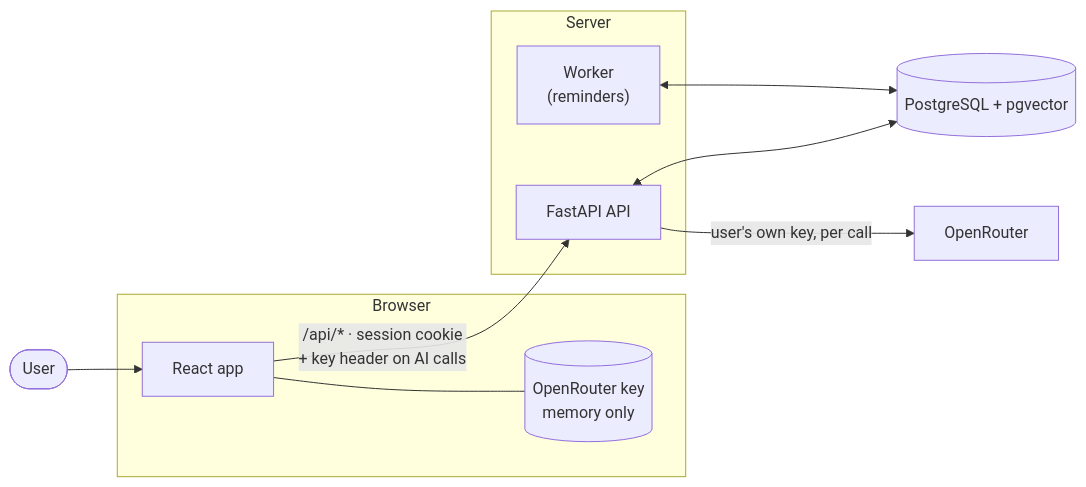
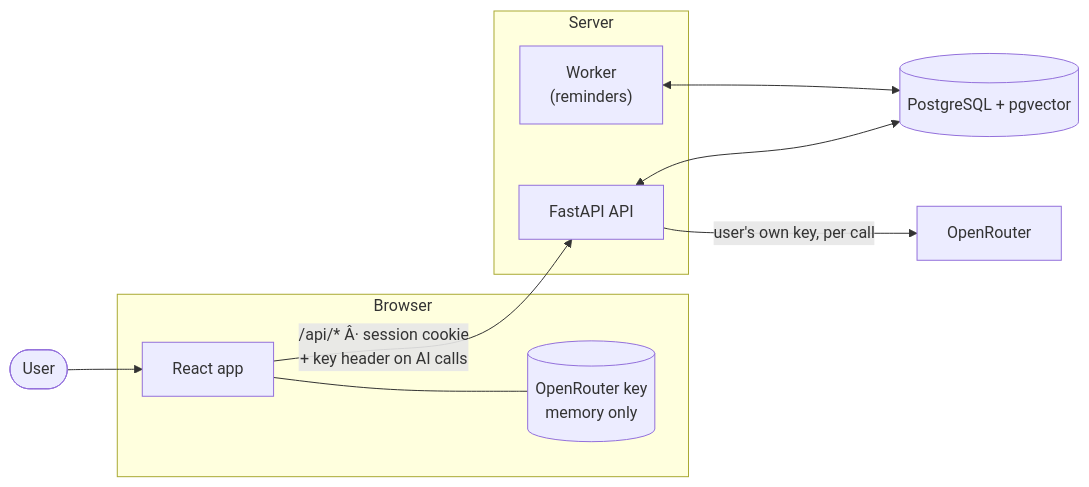
The first of 2 diagrams in README.md (muazzam110/postpulse), drawn with Mermaid before and after one commit. The commit also changed other lines of this file and 1 other file, not shown here.

````diff
--- a/README.md
+++ b/README.md
@@ -50,17 +50,17 @@
 ```mermaid
 flowchart LR
     U([User]) --> FE
     subgraph Browser
         FE["React app"]
         KS[("OpenRouter key<br/>memory only")]
         FE --- KS
     end
-    FE -- "/api/* · session cookie<br/>+ key header on AI calls" --> API
+    FE -- "/api/* Â· session cookie<br/>+ key header on AI calls" --> API
     subgraph Server
         API["FastAPI API"]
         WK["Worker<br/>(reminders)"]
     end
     API <--> DB[("PostgreSQL + pgvector")]
     WK <--> DB
     API -- "user's own key, per call" --> OR["OpenRouter"]
 ```
````
